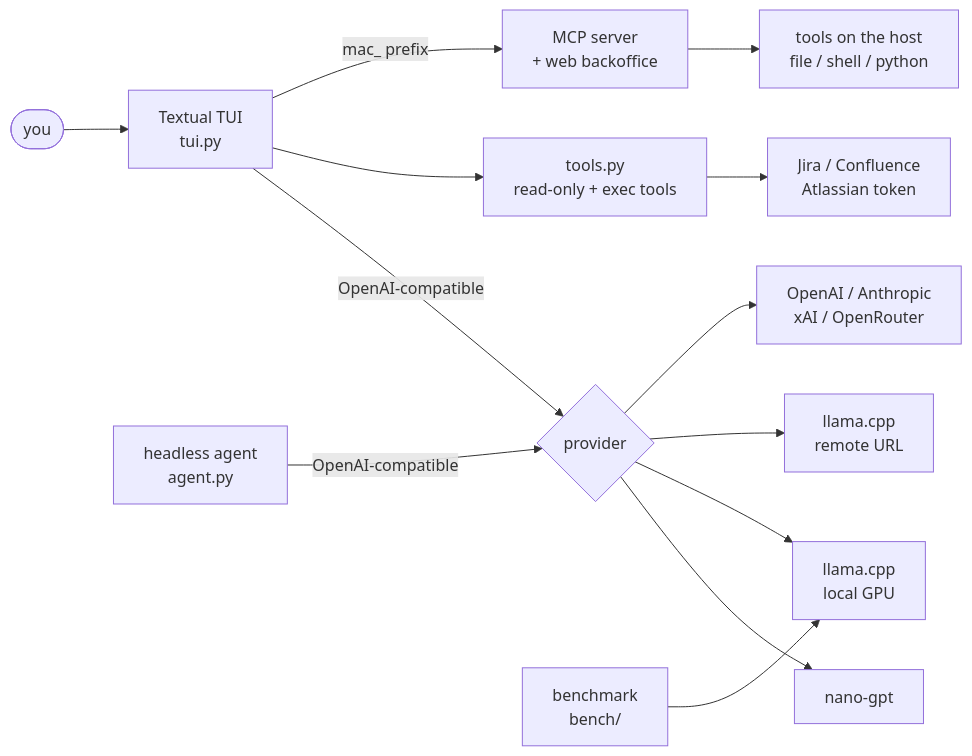
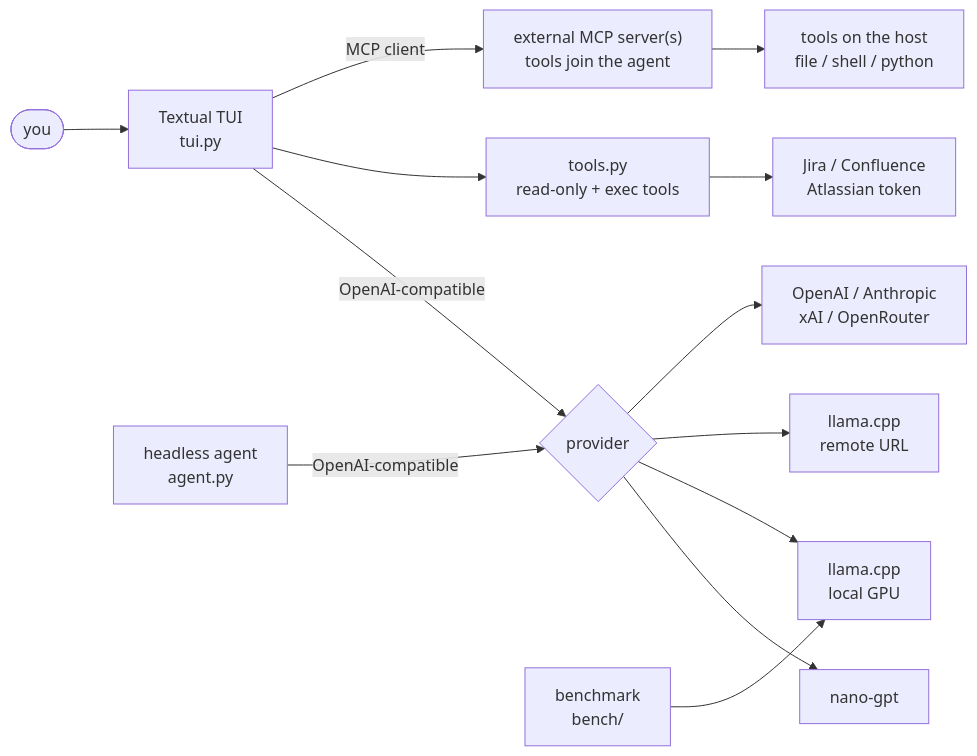
The diagram in README.md (ajaniramon/raiko-toolkit), drawn with Mermaid before and after one commit. The commit also changed other lines of this file and 5 other files, not shown here.

First line of the commit message:
MCP: drop the bundled server, keep a multi-server client

````diff
--- a/README.md
+++ b/README.md
@@ -43,16 +43,16 @@
 ```mermaid
 flowchart LR
   you([you]) --> tui["Textual TUI<br>tui.py"]
   cli["headless agent<br>agent.py"]
   tui -->|OpenAI-compatible| P{provider}
   cli -->|OpenAI-compatible| P
   P --> nano[nano-gpt]
   P --> local["llama.cpp<br>local GPU"]
   P --> remote["llama.cpp<br>remote URL"]
   P --> cloud["OpenAI / Anthropic<br>xAI / OpenRouter"]
   tui --> T["tools.py<br>read-only + exec tools"]
   T --> A["Jira / Confluence<br>Atlassian token"]
-  tui -->|"mac_ prefix"| M["MCP server<br>+ web backoffice"]
+  tui -->|MCP client| M["external MCP server(s)<br>tools join the agent"]
   M --> T2["tools on the host<br>file / shell / python"]
   B["benchmark<br>bench/"] --> local
 ```
````
